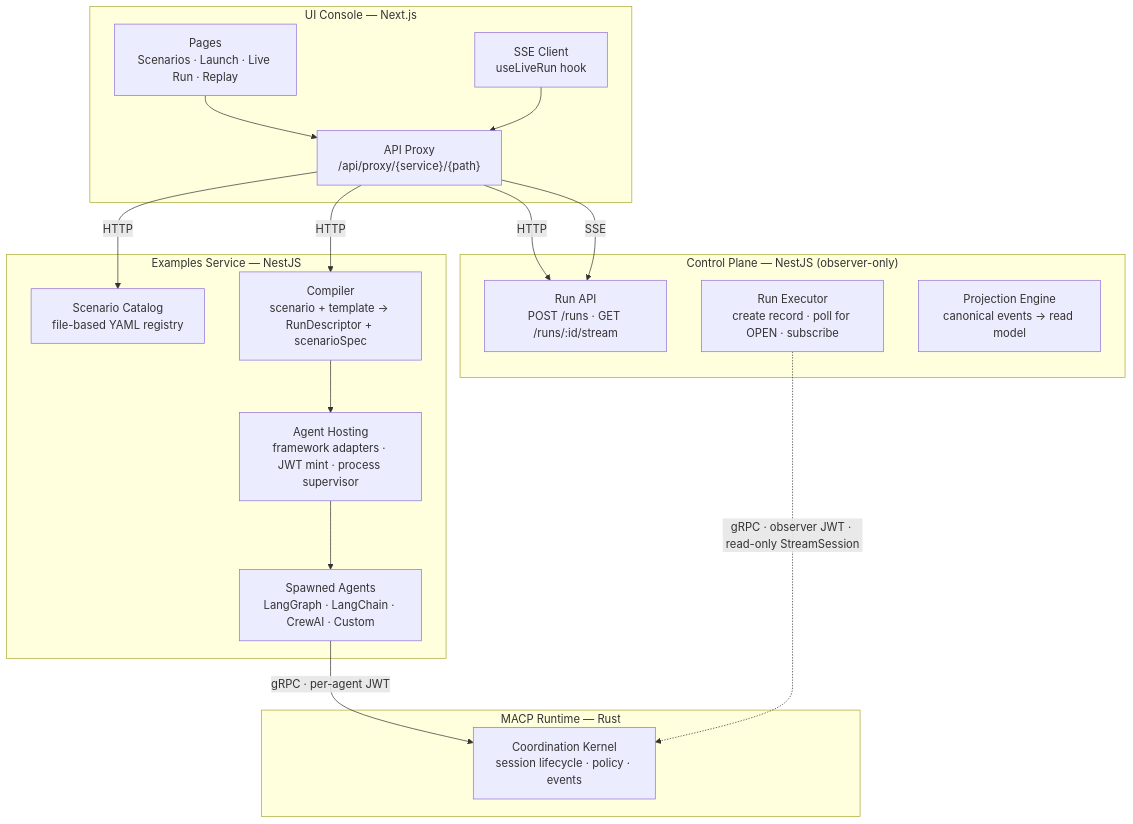
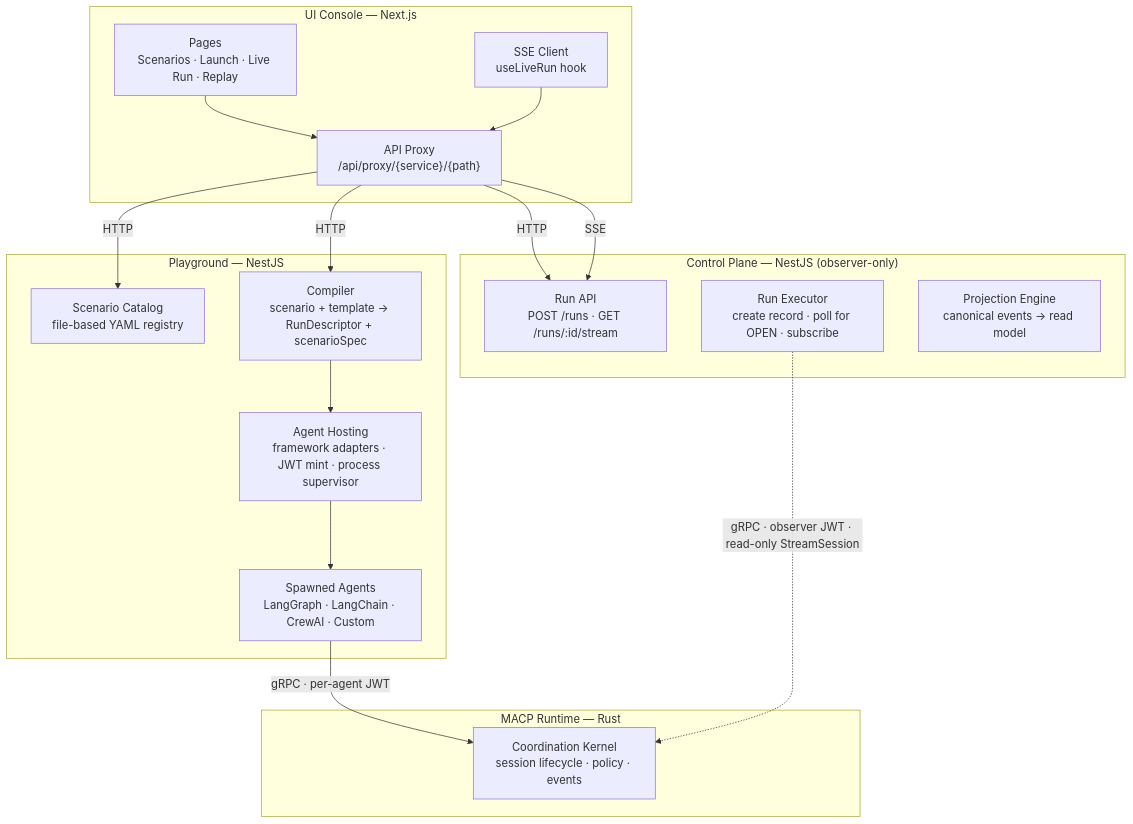
The first of 8 diagrams in docs/ui-example-flow.md (multiagentcoordinationprotocol/macp-ui-console), drawn with Mermaid before and after one commit. The commit also changed other lines of this file and 1 other file, not shown here.

First line of the commit message:
docs: rename 'Examples Service' to Playground in ui-example-flow and README (#57)

````diff
--- a/docs/ui-example-flow.md
+++ b/docs/ui-example-flow.md
@@ -38,36 +38,36 @@
 ```mermaid
 flowchart TB
     subgraph Browser["UI Console — Next.js"]
         Pages["Pages\nScenarios · Launch · Live Run · Replay"]
         SSE["SSE Client\nuseLiveRun hook"]
         Proxy["API Proxy\n/api/proxy/{service}/{path}"]
     end
 
-    subgraph ES["Examples Service — NestJS"]
+    subgraph ES["Playground — NestJS"]
         Catalog["Scenario Catalog\nfile-based YAML registry"]
         Compiler["Compiler\nscenario + template → RunDescriptor + scenarioSpec"]
         Hosting["Agent Hosting\nframework adapters · JWT mint · process supervisor"]
         Agents["Spawned Agents\nLangGraph · LangChain · CrewAI · Custom"]
     end
 
     subgraph CP["Control Plane — NestJS (observer-only)"]
         RunAPI["Run API\nPOST /runs · GET /runs/:id/stream"]
         Executor["Run Executor\ncreate record · poll for OPEN · subscribe"]
         Projections["Projection Engine\ncanonical events → read model"]
     end
 
     subgraph RT["MACP Runtime — Rust"]
         Kernel["Coordination Kernel\nsession lifecycle · policy · events"]
     end
 
     Pages --> Proxy
     SSE --> Proxy
     Proxy -->|HTTP| Catalog
     Proxy -->|HTTP| Compiler
     Proxy -->|HTTP| RunAPI
     Proxy -->|SSE| RunAPI
     Hosting --> Agents
     Agents -->|gRPC · per-agent JWT| Kernel
     Executor -.->|gRPC · observer JWT · read-only StreamSession| Kernel
     Compiler --> Hosting
 ```
````
